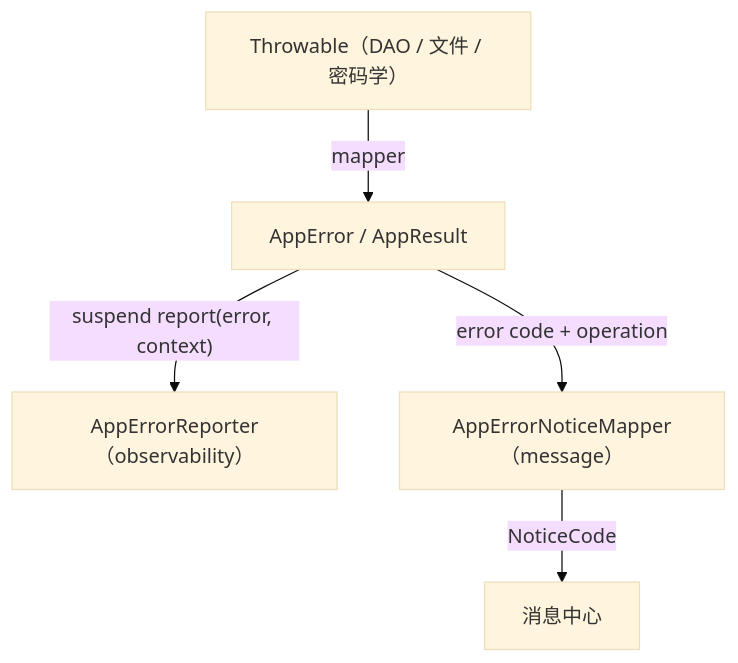
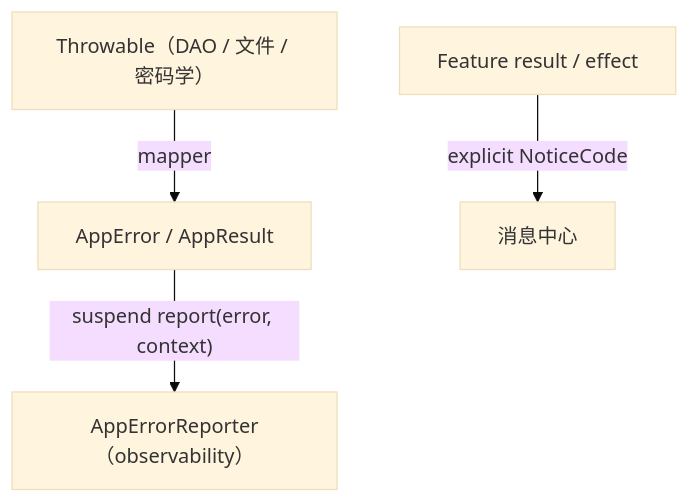
The diagram in docs/architecture/error-handling.md (aozijx/Passly), drawn with Mermaid (base theme) before and after one commit. The commit also changed other lines of this file and 12 other files, not shown here.

Commit message:
refactor: remove unused contracts and notice mapper

````diff
--- a/docs/architecture/error-handling.md
+++ b/docs/architecture/error-handling.md
@@ -7,7 +7,6 @@
 ```mermaid
 flowchart TD
     EX["Throwable（DAO / 文件 / 密码学）"] -->|"mapper"| AE["AppError / AppResult"]
     AE -->|"suspend report(error, context)"| REP["AppErrorReporter（observability）"]
-    AE -->|"error code + operation"| NM["AppErrorNoticeMapper（message）"]
-    NM -->|"NoticeCode"| MC["消息中心"]
+    FEATURE["Feature result / effect"] -->|"explicit NoticeCode"| MC["消息中心"]
 ```
````
